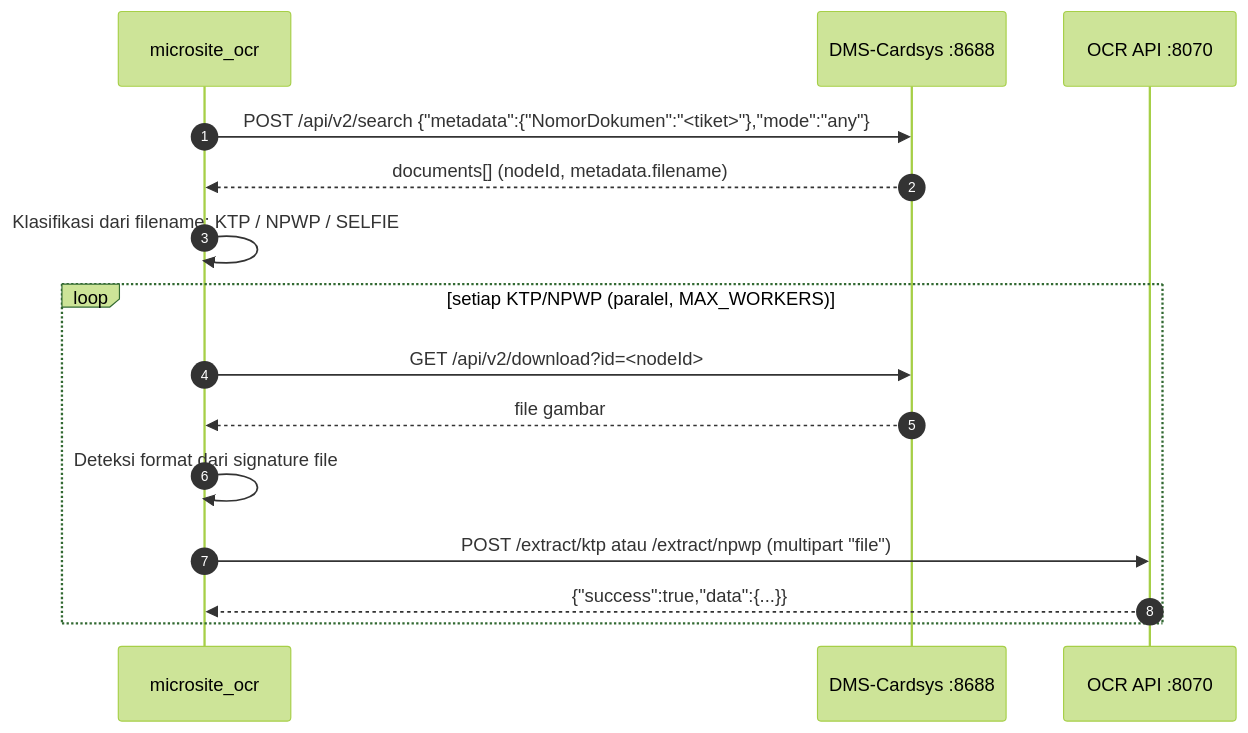
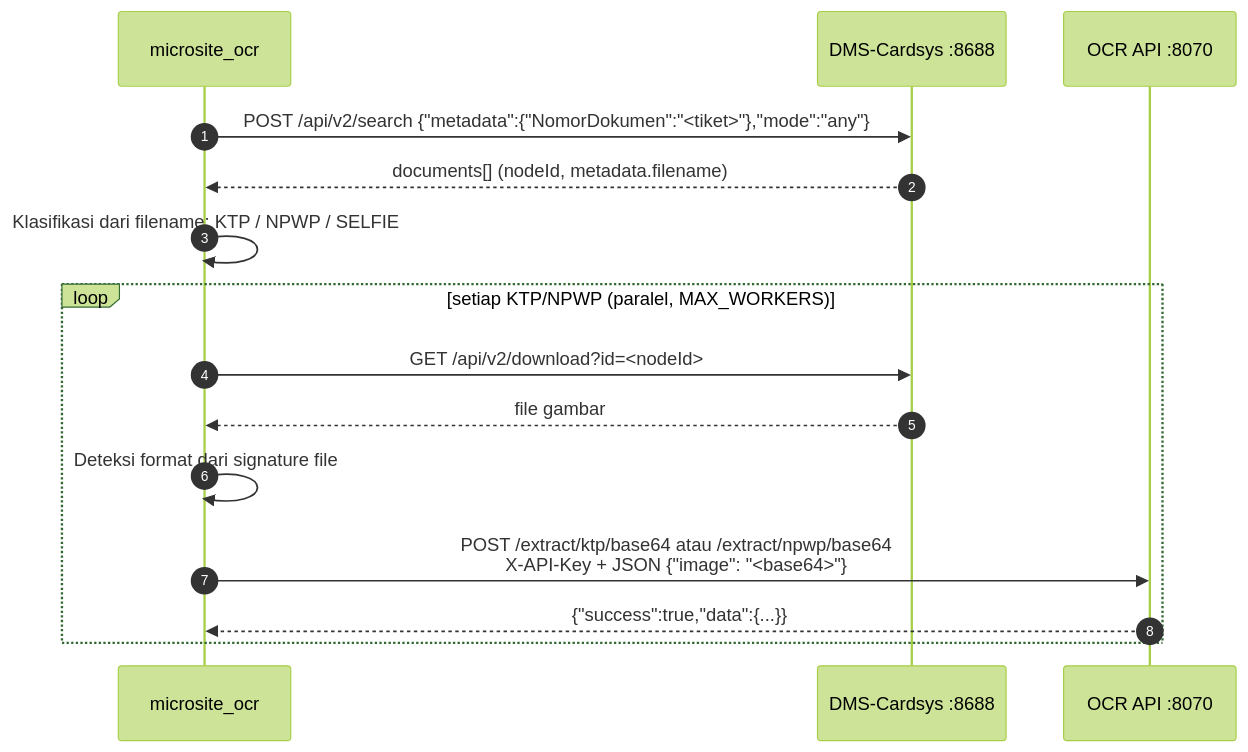
One commit to sivi-shahab/API-Microsite changed the first of 2 diagrams in README.md. Above: the diagram before and after it, drawn with Mermaid (forest theme). The commit also changed other lines of this file and 4 other files, not shown here.

First line of the commit message:
Kirim gambar ke OCR API sebagai base64 dengan X-API-Key

````diff
--- a/README.md
+++ b/README.md
@@ -431,18 +432,18 @@
 ```mermaid
 sequenceDiagram
     autonumber
     participant S as microsite_ocr
     participant D as DMS-Cardsys :8688
     participant O as OCR API :8070
 
     S->>D: POST /api/v2/search {"metadata":{"NomorDokumen":"<tiket>"},"mode":"any"}
     D-->>S: documents[] (nodeId, metadata.filename)
     S->>S: Klasifikasi dari filename: KTP / NPWP / SELFIE
     loop setiap KTP/NPWP (paralel, MAX_WORKERS)
         S->>D: GET /api/v2/download?id=<nodeId>
         D-->>S: file gambar
         S->>S: Deteksi format dari signature file
-        S->>O: POST /extract/ktp atau /extract/npwp (multipart "file")
+        S->>O: POST /extract/ktp/base64 atau /extract/npwp/base64<br/>X-API-Key + JSON {"image": "<base64>"}
         O-->>S: {"success":true,"data":{...}}
     end
 ```
````
